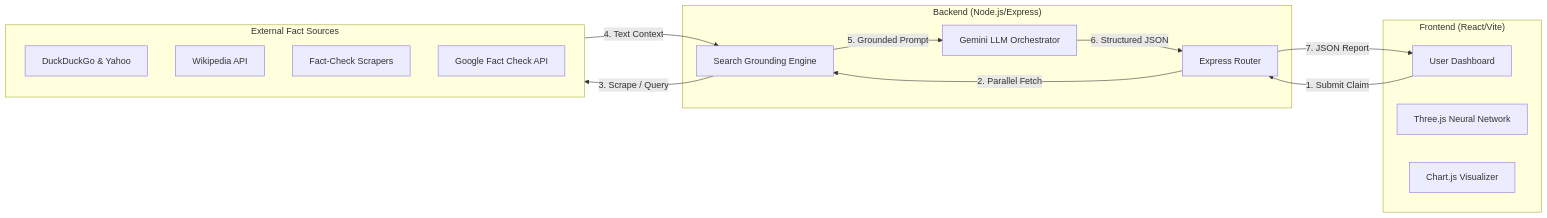
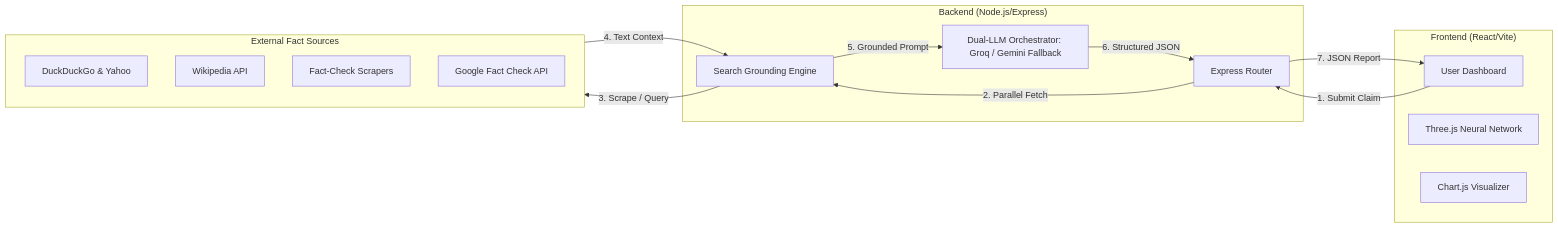
One commit to itslokeshx/Fake-Dectector changed the first of 2 diagrams in README.md. Above: the diagram before and after it, drawn with Mermaid. The commit also changed other lines of this file, not shown here.

Commit message:
docs: update README to reflect dual-LLM architecture featuring Groq Llama 3.3 integration and fallback to Gemini 3.5

````diff
--- a/README.md
+++ b/README.md
@@ -108,27 +108,27 @@
 ```mermaid
 graph LR
     subgraph Client ["Frontend (React/Vite)"]
         UI[User Dashboard]
         Three[Three.js Neural Network]
         Chart[Chart.js Visualizer]
     end
     subgraph Server ["Backend (Node.js/Express)"]
         API[Express Router]
         Ground[Search Grounding Engine]
-        Model[Gemini LLM Orchestrator]
+        Model[Dual-LLM Orchestrator: Groq / Gemini Fallback]
     end
     subgraph External ["External Fact Sources"]
         Search[DuckDuckGo & Yahoo]
         Wiki[Wikipedia API]
         FC[Fact-Check Scrapers]
         GoogleFC[Google Fact Check API]
     end
 
     UI -->|1. Submit Claim| API
     API -->|2. Parallel Fetch| Ground
     Ground -->|3. Scrape / Query| External
     External -->|4. Text Context| Ground
     Ground -->|5. Grounded Prompt| Model
     Model -->|6. Structured JSON| API
     API -->|7. JSON Report| UI
 ```
````
